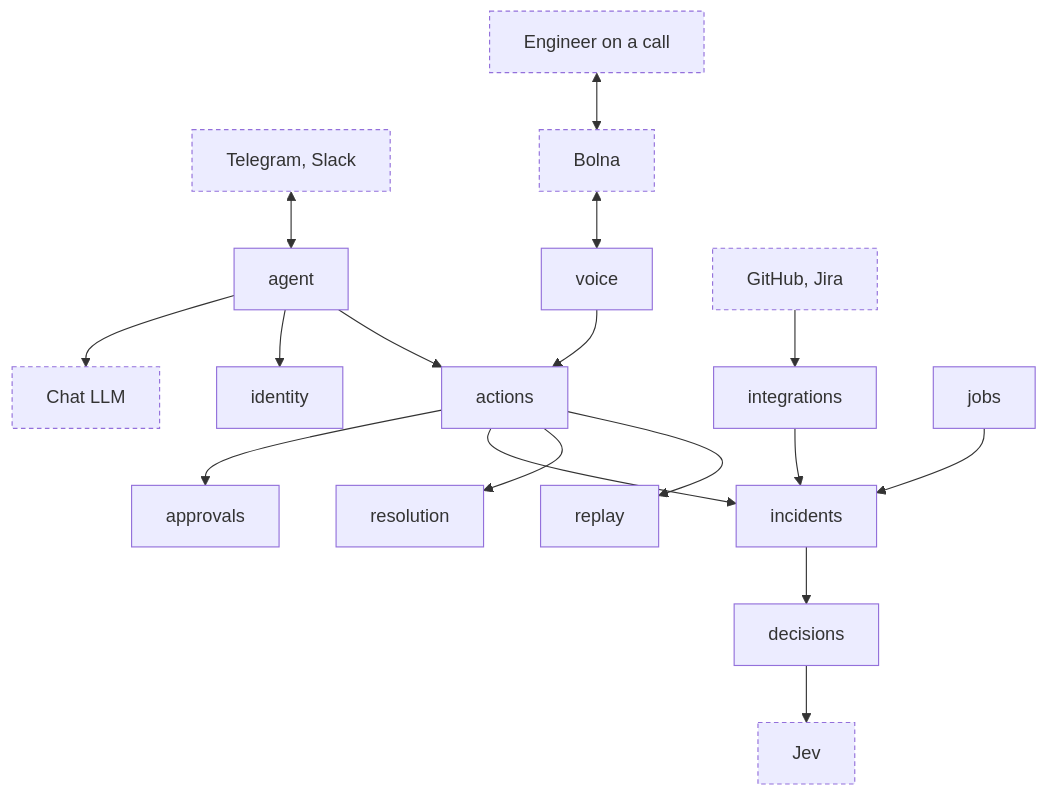
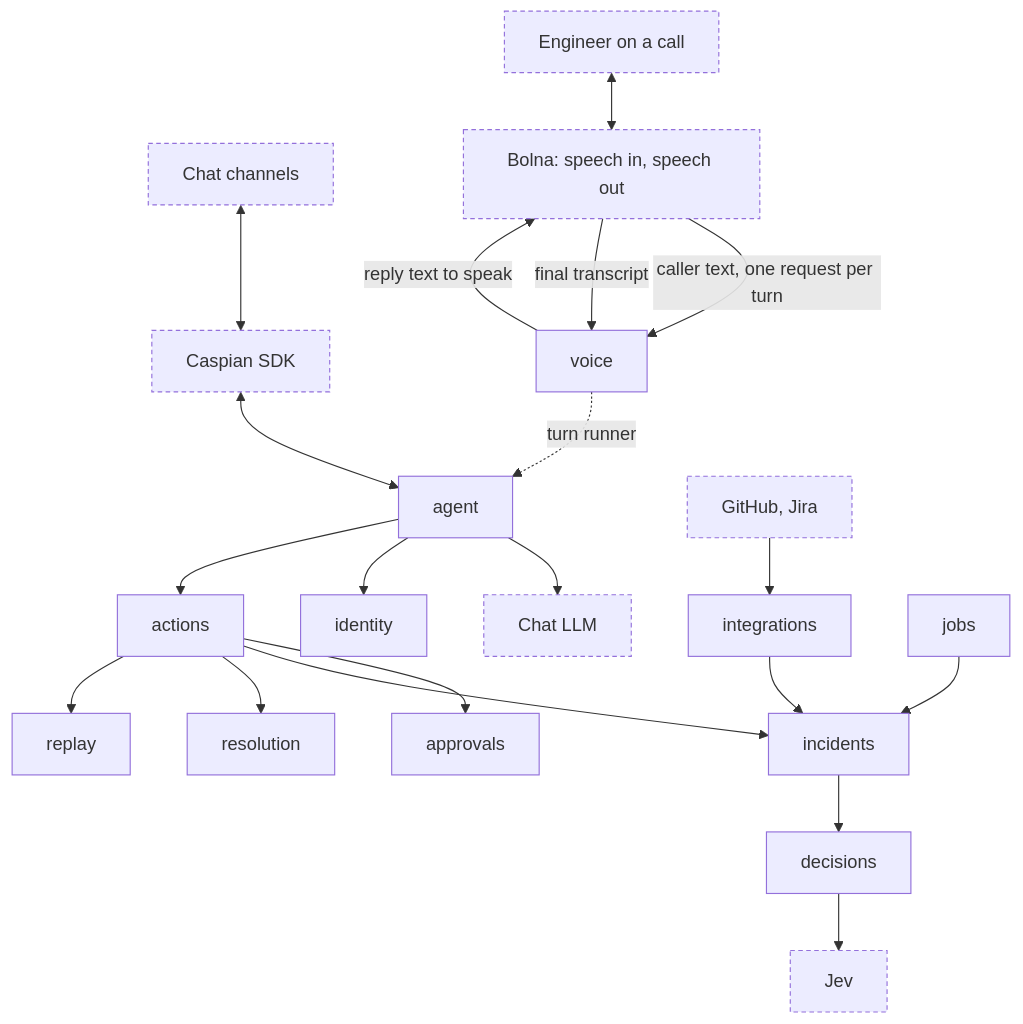
The first of 4 diagrams in plans/PLAN.md (shreya-mishra325/svaar), drawn with Mermaid before and after one commit. The commit also changed other lines of this file, not shown here.

Commit message:
resolve conflict between voice and chat llm loops

````diff
--- a/plans/PLAN.md
+++ b/plans/PLAN.md
@@ -86,22 +99,25 @@
 ```mermaid
 flowchart TD
-    Chat["Telegram, Slack"] <--> Agent["agent"]
+    Chat["Chat channels"] <--> Caspian["Caspian SDK"]
+    Caspian <--> Agent["agent"]
     Agent --> LLM["Chat LLM"]
     Agent --> Identity["identity"]
     Agent --> Actions["actions"]
-    Caller["Engineer on a call"] <--> Bolna["Bolna"]
-    Bolna <--> Voice["voice"]
-    Voice --> Actions
+    Caller["Engineer on a call"] <--> Bolna["Bolna: speech in, speech out"]
+    Bolna -- "caller text, one request per turn" --> Voice["voice"]
+    Voice -- "reply text to speak" --> Bolna
+    Voice -. "turn runner" .-> Agent
+    Bolna -- "final transcript" --> Voice
     Actions --> Approvals["approvals"]
     Actions --> Incidents["incidents"]
     Actions --> Resolution["resolution"]
     Actions --> Replay["replay"]
     Incidents --> Decisions["decisions"]
     Decisions --> Jev["Jev"]
     Sources["GitHub, Jira"] --> Integrations["integrations"]
     Integrations --> Incidents
     Jobs["jobs"] --> Incidents
 
     classDef external stroke-dasharray: 4 3
-    class Chat,LLM,Caller,Bolna,Jev,Sources external
+    class Chat,Caspian,LLM,Caller,Bolna,Jev,Sources external
 ```
````
